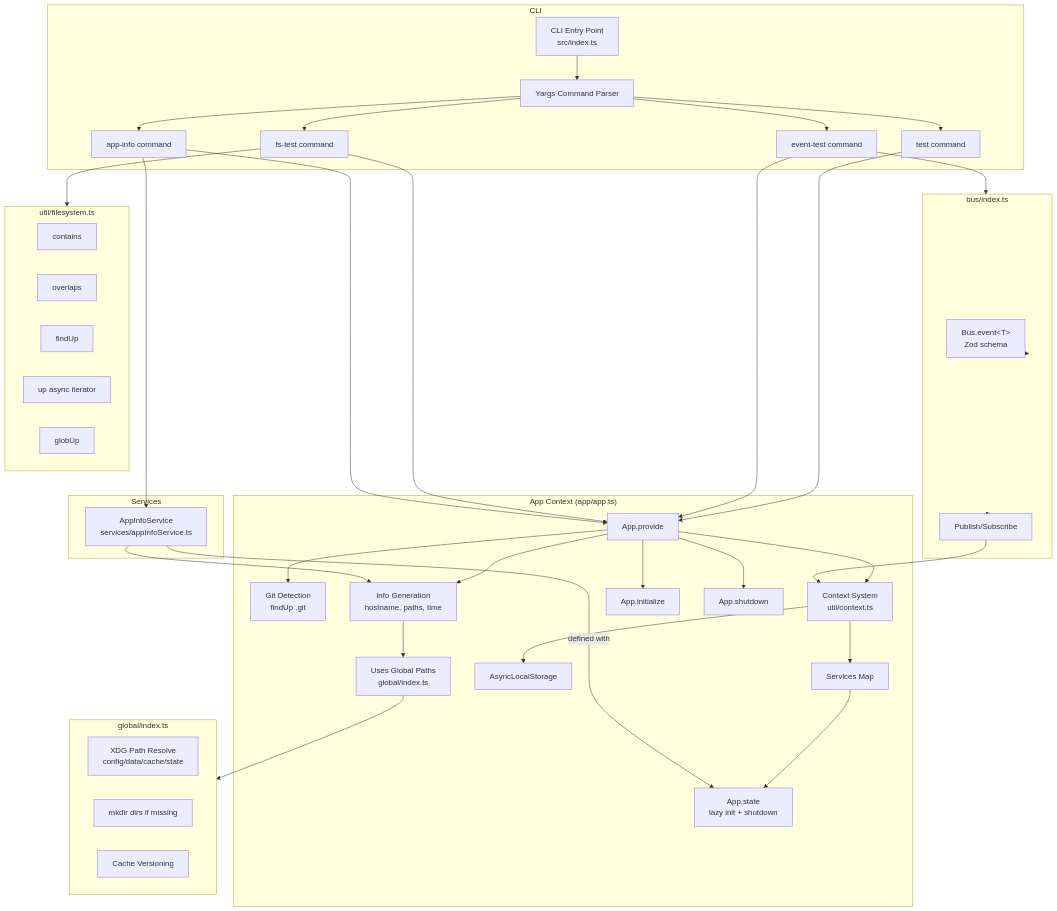
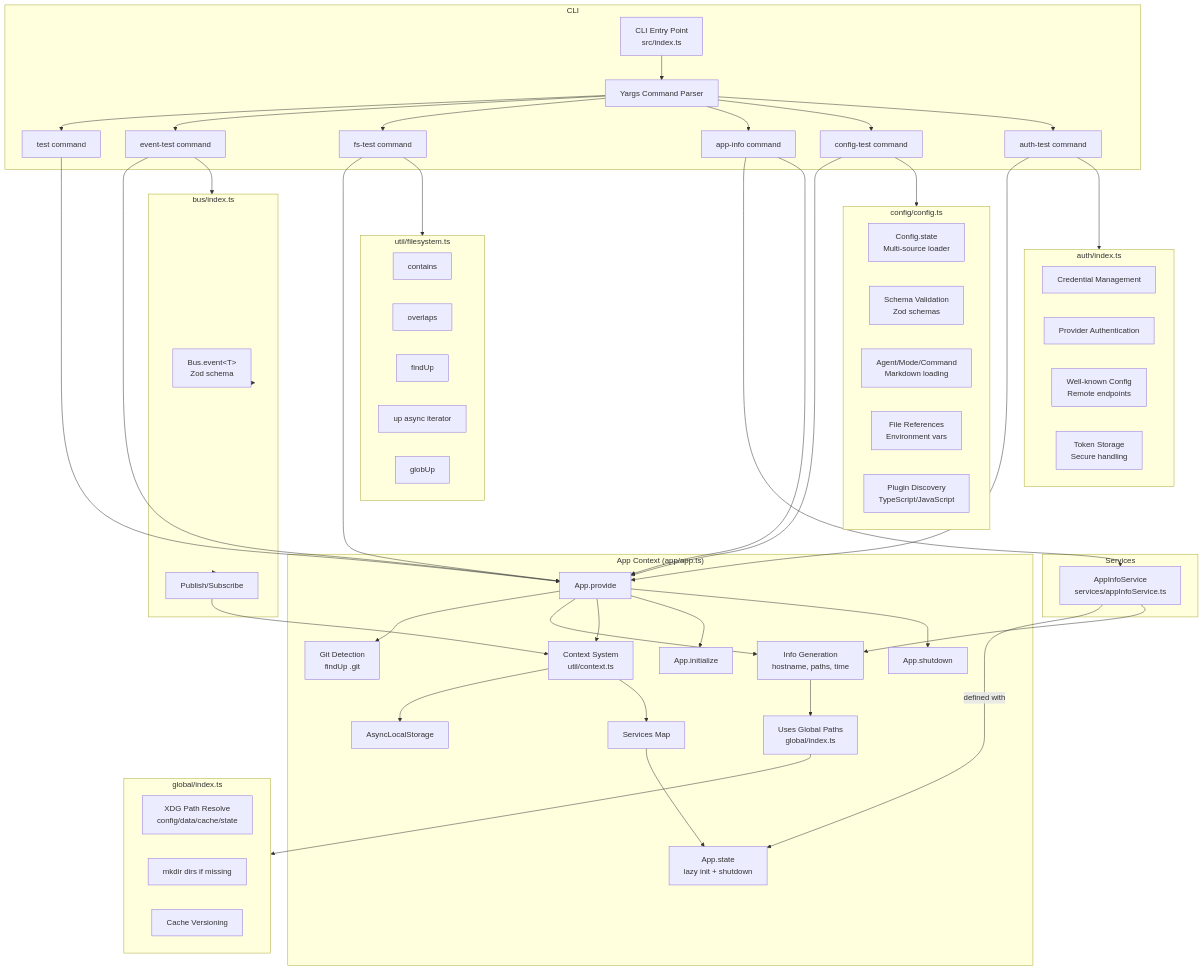
The diagram in packages/pukucode/src/README.md (puku-sh/terminal-ai-assistant), drawn with Mermaid before and after one commit. The commit also changed other lines of this file, not shown here.

````diff
--- a/packages/pukucode/src/README.md
+++ b/packages/pukucode/src/README.md
@@ -22,40 +24,61 @@
     B --> D[event-test command]
     B --> E[fs-test command]
     B --> F[app-info command]
+    B --> G[config-test command]
+    B --> H[auth-test command]
   end
 
   %% ─────────────────────────── App Context  ────────────────────────────
   subgraph AppContext["App Context (app/app.ts)"]
-    G[App.provide]
-    G --> G1[Git Detection<br/>findUp .git]
-    G --> G2[Info Generation<br/>hostname, paths, time]
-    G2 --> G3[Uses Global Paths<br/>global/index.ts]
-    G --> G4[Context System<br/>util/context.ts]
-    G4 --> G5[AsyncLocalStorage]
-    G4 --> G6[Services Map]
-    G6 --> G7[App.state<br/>lazy init + shutdown]
-    G --> G8[App.initialize]
-    G --> G9[App.shutdown]
+    I[App.provide]
+    I --> I1[Git Detection<br/>findUp .git]
+    I --> I2[Info Generation<br/>hostname, paths, time]
+    I2 --> I3[Uses Global Paths<br/>global/index.ts]
+    I --> I4[Context System<br/>util/context.ts]
+    I4 --> I5[AsyncLocalStorage]
+    I4 --> I6[Services Map]
+    I6 --> I7[App.state<br/>lazy init + shutdown]
+    I --> I8[App.initialize]
+    I --> I9[App.shutdown]
   end
 
   %% ─────────────────────────── Global Paths ────────────────────────────
   subgraph Global["global/index.ts"]
-    H1[XDG Path Resolve<br/>config/data/cache/state]
-    H2[mkdir dirs if missing]
-    H3[Cache Versioning]
+    J1[XDG Path Resolve<br/>config/data/cache/state]
+    J2[mkdir dirs if missing]
+    J3[Cache Versioning]
   end
-  G3 --> Global
+  I3 --> Global
 
+  %% ─────────────────────────── Configuration System ────────────────────
+  subgraph ConfigSystem["config/config.ts"]
+    K1[Config.state<br/>Multi-source loader]
+    K2[Schema Validation<br/>Zod schemas]
+    K3[Agent/Mode/Command<br/>Markdown loading]
+    K4[File References<br/>Environment vars]
+    K5[Plugin Discovery<br/>TypeScript/JavaScript]
+  end
+  G --> ConfigSystem
+  
+  %% ─────────────────────────── Authentication System ────────────────────
+  subgraph AuthSystem["auth/index.ts"]
+    L1[Credential Management]
+    L2[Provider Authentication]
+    L3[Well-known Config<br/>Remote endpoints]
+    L4[Token Storage<br/>Secure handling]
+  end
+  H --> AuthSystem
+  
   %% ─────────────────────────── Services Layer ──────────────────────────
   subgraph Services
     S1[AppInfoService<br/>services/appInfoService.ts]
-    S1 -->|defined with| G7
+    S1 -->|defined with| I7
   end
 
   %% app-info command uses the service
   F --> S1
   %% service reads static Info
-  S1 --> G2
+  S1 --> I2
 
   %% ─────────────────────────── Event Bus ───────────────────────────────
   subgraph EventBus["bus/index.ts"]
@@ -66,7 +89,7 @@
   EventBus --> EB1
   EventBus --> EB2
   %% callbacks run inside App Context
-  EB2 --> G4
+  EB2 --> I4
 
   %% ─────────────────────────── Filesystem Utils ────────────────────────
   subgraph FS["util/filesystem.ts"]
@@ -80,11 +103,15 @@
 
   %% ─────────────────────────── Command → App Context Links ─────────────
   %% test command
-  C --> G
+  C --> I
   %% event-test command
-  D --> G
+  D --> I
   %% fs-test command
-  E --> G
+  E --> I
   %% app-info command 
-  F --> G
+  F --> I
+  %% config-test command
+  G --> I
+  %% auth-test command
+  H --> I
 ```
````
